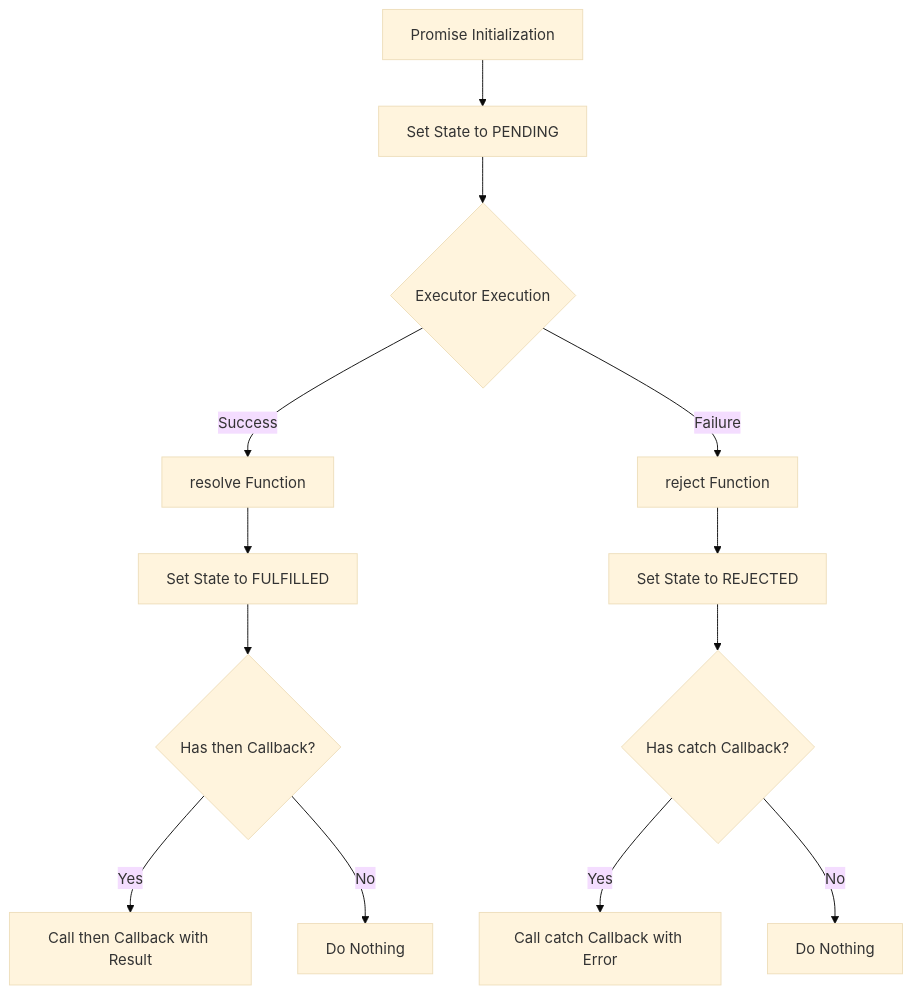
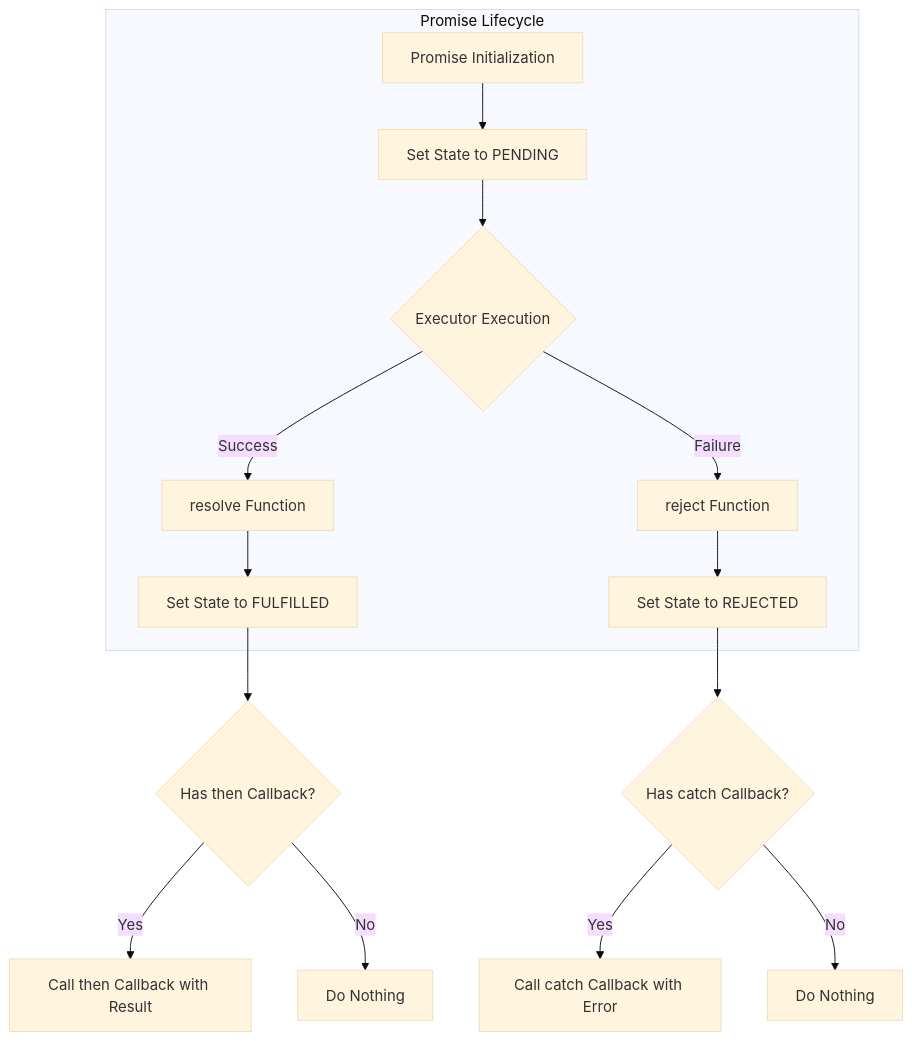
Before and after one commit to juanchoclasses/promises-typescript-public: the diagram in README.md, drawn with Mermaid (base theme).

Commit message:
put box around promise

````diff
--- a/README.md
+++ b/README.md
@@ -10,18 +10,20 @@
-```mermaid
+ ```mermaid
     flowchart TD
-        A[Promise Initialization] --> B[Set State to PENDING]
-        B --> C{Executor Execution}
-        C -->|Success| D[resolve Function]
-        C -->|Failure| E[reject Function]
+        subgraph Promise Lifecycle
+            A[Promise Initialization] --> B[Set State to PENDING]
+            B --> C{Executor Execution}
+            C -->|Success| D[resolve Function]
+            C -->|Failure| E[reject Function]
 
-        D --> F[Set State to FULFILLED]
+            D --> F[Set State to FULFILLED]
+            E --> J[Set State to REJECTED]
+        end
+
         F --> G{Has then Callback?}
         G -->|Yes| H[Call then Callback with Result]
         G -->|No| I[Do Nothing]
 
-        E --> J[Set State to REJECTED]
         J --> K{Has catch Callback?}
         K -->|Yes| L[Call catch Callback with Error]
-        K -->|No| M[Do Nothing]
-       
+        K -->|No| M[Do Nothing]    
 ```
````
